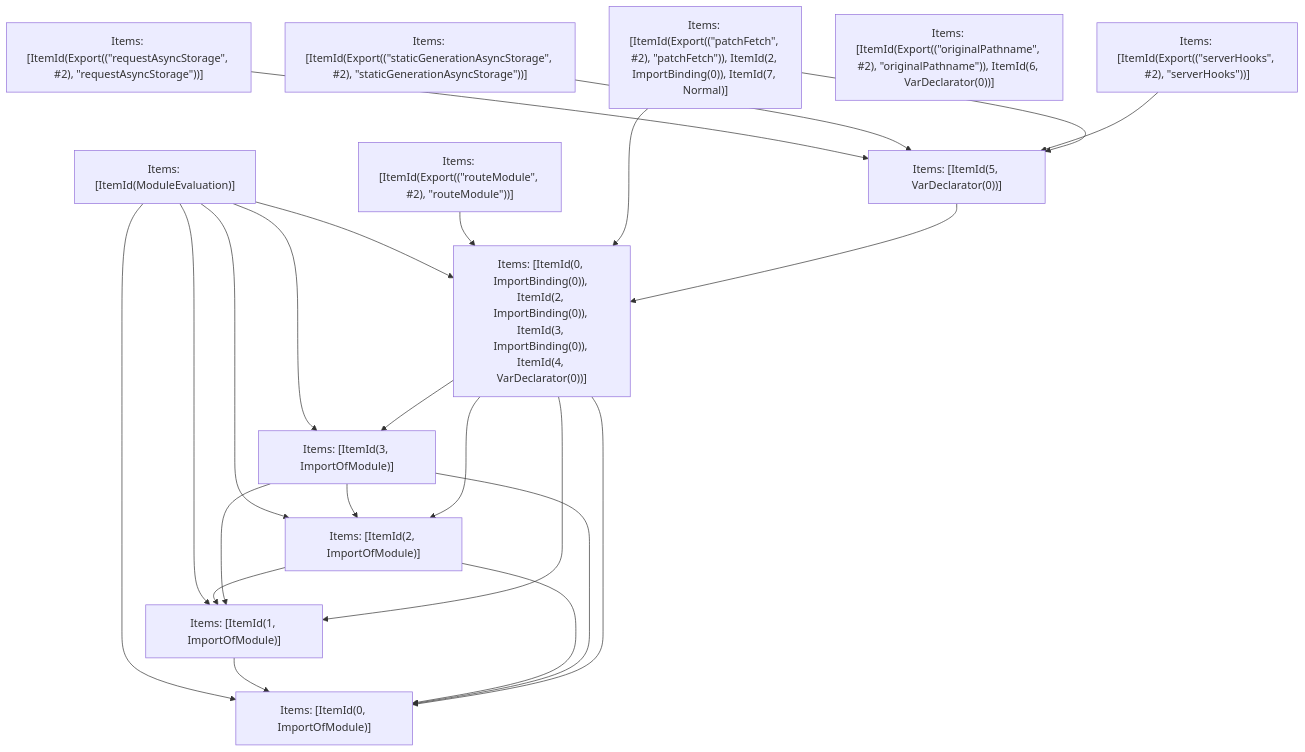
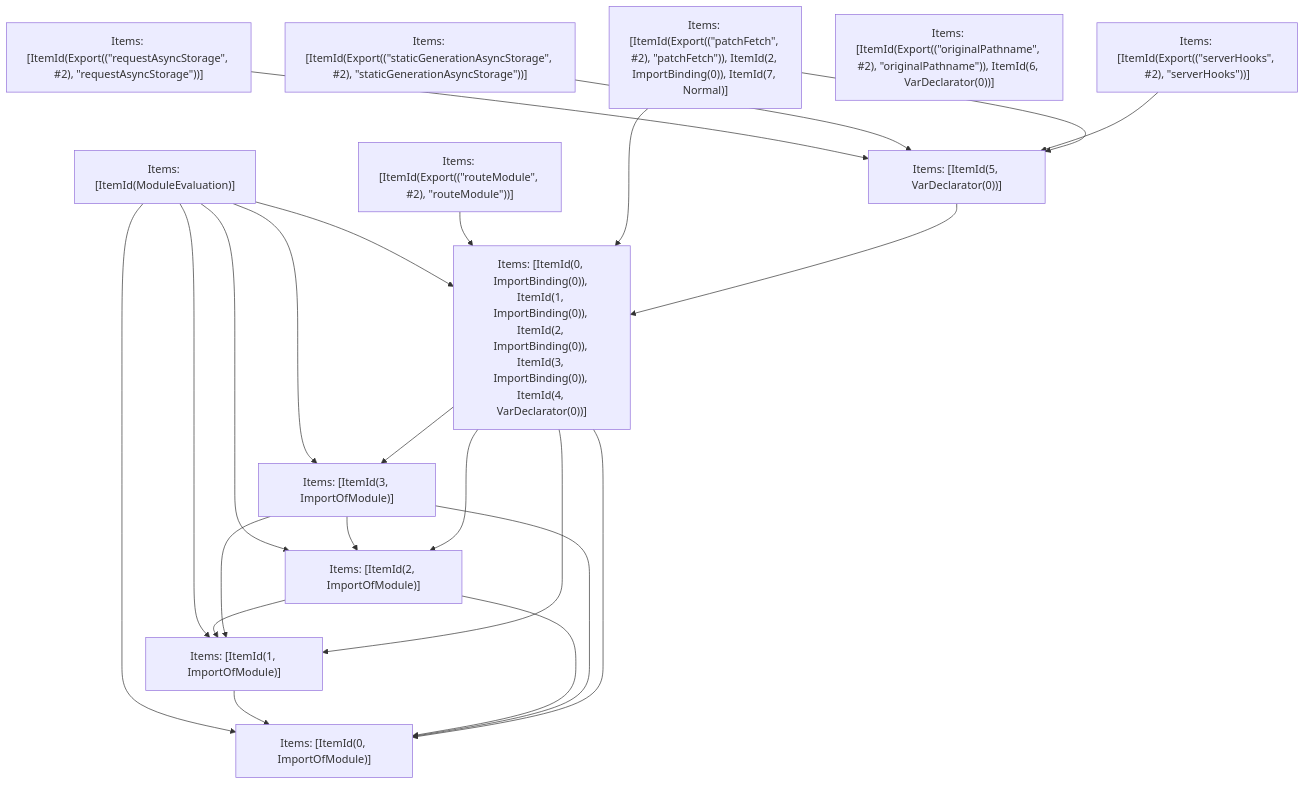
One commit to vercel/turborepo changed the fifth of 5 diagrams in crates/turbopack-ecmascript/tests/tree-shaker/analyzer/app-route/output.md. Above: the diagram before and after it, drawn with Mermaid. The commit also changed other lines of this file and 15 other files, not shown here.

````diff
--- a/crates/turbopack-ecmascript/tests/tree-shaker/analyzer/app-route/output.md
+++ b/crates/turbopack-ecmascript/tests/tree-shaker/analyzer/app-route/output.md
@@ -330,38 +333,38 @@
 ```mermaid
 graph TD
     N0["Items: [ItemId(ModuleEvaluation)]"];
     N1["Items: [ItemId(Export((&quot;routeModule&quot;, #2), &quot;routeModule&quot;))]"];
     N2["Items: [ItemId(Export((&quot;requestAsyncStorage&quot;, #2), &quot;requestAsyncStorage&quot;))]"];
     N3["Items: [ItemId(Export((&quot;staticGenerationAsyncStorage&quot;, #2), &quot;staticGenerationAsyncStorage&quot;))]"];
     N4["Items: [ItemId(Export((&quot;serverHooks&quot;, #2), &quot;serverHooks&quot;))]"];
     N5["Items: [ItemId(Export((&quot;originalPathname&quot;, #2), &quot;originalPathname&quot;)), ItemId(6, VarDeclarator(0))]"];
     N6["Items: [ItemId(Export((&quot;patchFetch&quot;, #2), &quot;patchFetch&quot;)), ItemId(2, ImportBinding(0)), ItemId(7, Normal)]"];
     N7["Items: [ItemId(0, ImportOfModule)]"];
     N8["Items: [ItemId(1, ImportOfModule)]"];
     N9["Items: [ItemId(2, ImportOfModule)]"];
     N10["Items: [ItemId(3, ImportOfModule)]"];
-    N11["Items: [ItemId(0, ImportBinding(0)), ItemId(2, ImportBinding(0)), ItemId(3, ImportBinding(0)), ItemId(4, VarDeclarator(0))]"];
+    N11["Items: [ItemId(0, ImportBinding(0)), ItemId(1, ImportBinding(0)), ItemId(2, ImportBinding(0)), ItemId(3, ImportBinding(0)), ItemId(4, VarDeclarator(0))]"];
     N12["Items: [ItemId(5, VarDeclarator(0))]"];
     N0 --> N7;
     N0 --> N8;
     N0 --> N9;
     N0 --> N10;
     N0 --> N11;
     N1 --> N11;
     N2 --> N12;
     N3 --> N12;
     N4 --> N12;
     N6 --> N11;
     N6 --> N12;
     N8 --> N7;
     N9 --> N7;
     N9 --> N8;
     N10 --> N7;
     N10 --> N8;
     N10 --> N9;
     N11 --> N7;
     N11 --> N8;
     N11 --> N9;
     N11 --> N10;
     N12 --> N11;
 ```
````
